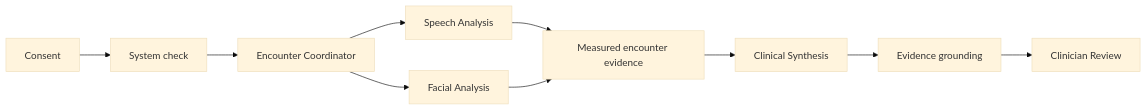
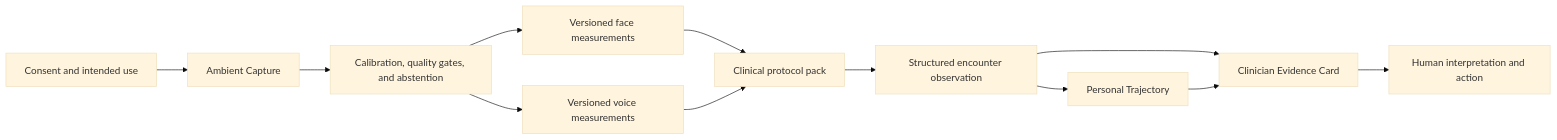
Before and after one commit to logannye/neurotrax: the diagram in README.md, drawn with Mermaid (base theme). The commit also changed other lines of this file and 10 other files, not shown here.

````diff
--- a/README.md
+++ b/README.md
@@ -101,12 +125,14 @@
 ```mermaid
 flowchart LR
-    CONSENT["Consent"] --> CHECK["System check"]
-    CHECK --> COORDINATOR["Encounter Coordinator"]
-    COORDINATOR --> SPEECH["Speech Analysis"]
-    COORDINATOR --> FACE["Facial Analysis"]
-    SPEECH --> EVIDENCE["Measured encounter evidence"]
-    FACE --> EVIDENCE
-    EVIDENCE --> SYNTHESIS["Clinical Synthesis"]
-    SYNTHESIS --> GROUNDING["Evidence grounding"]
-    GROUNDING --> REVIEW["Clinician Review"]
+    CONSENT["Consent and intended use"] --> CAPTURE["Ambient Capture"]
+    CAPTURE --> QUALITY["Calibration, quality gates, and abstention"]
+    QUALITY --> FACE["Versioned face measurements"]
+    QUALITY --> VOICE["Versioned voice measurements"]
+    FACE --> PACK["Clinical protocol pack"]
+    VOICE --> PACK
+    PACK --> OBS["Structured encounter observation"]
+    OBS --> TRAJECTORY["Personal Trajectory"]
+    OBS --> CARD["Clinician Evidence Card"]
+    TRAJECTORY --> CARD
+    CARD --> REVIEW["Human interpretation and action"]
 ```
````
